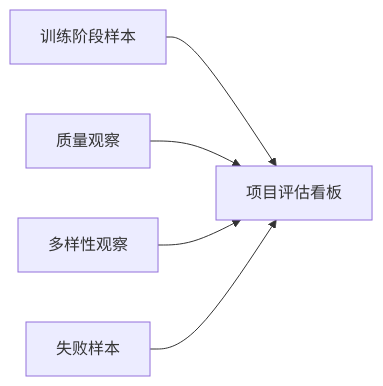
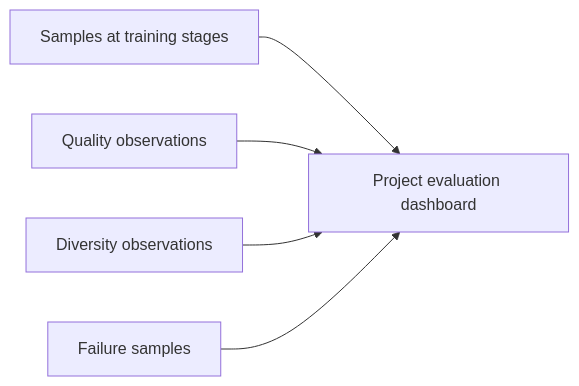
The second of 2 diagrams in docs/ch06-deep-learning/ch08-projects/03-generative-practice.md (oudbiao/AI-fullstack-course), drawn with Mermaid before and after one commit. The commit also changed other lines of this file and 1406 other files, not shown here.

````diff
--- a/docs/ch06-deep-learning/ch08-projects/03-generative-practice.md
+++ b/docs/ch06-deep-learning/ch08-projects/03-generative-practice.md
@@ -109,7 +107,7 @@
 ```mermaid
 flowchart LR
-    A["训练阶段样本"] --> E["项目评估看板"]
-    B["质量观察"] --> E
-    C["多样性观察"] --> E
-    D["失败样本"] --> E
+    A["Samples at training stages"] --> E["Project evaluation dashboard"]
+    B["Quality observations"] --> E
+    C["Diversity observations"] --> E
+    D["Failure samples"] --> E
 ```
````
